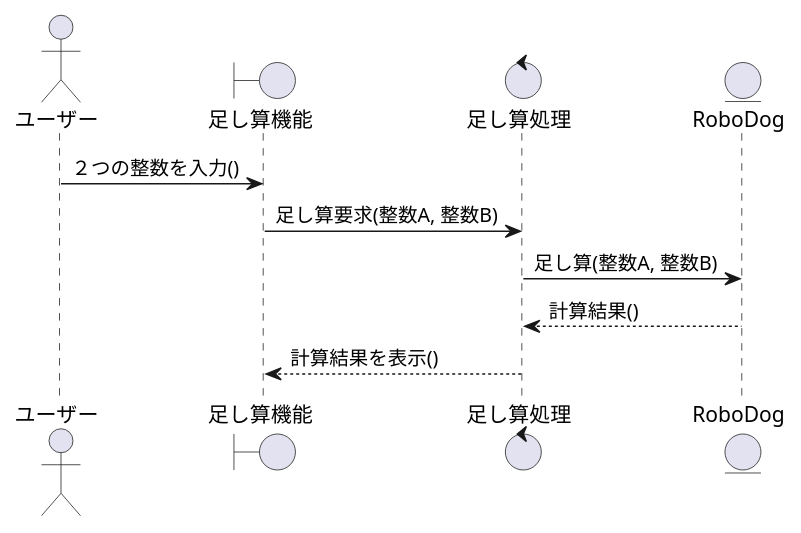
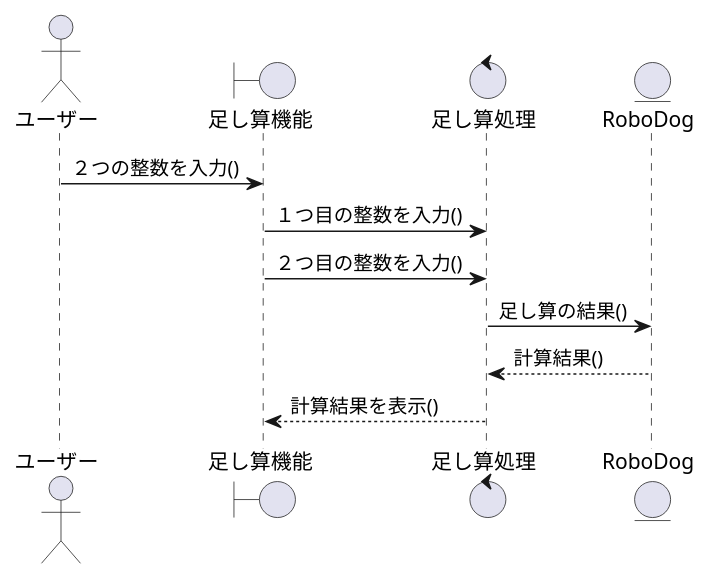
One commit to ko246/ohara_uml changed the diagram in group/06_robo_dog_3/シーケンス図/sequence_add.pu. Above: the diagram before and after it, drawn with PlantUML. The commit also changed 2 other files, not shown here.

Commit message:
sequence処理の修正

```diff
--- a/group/06_robo_dog_3/シーケンス図/sequence_add.pu
+++ b/group/06_robo_dog_3/シーケンス図/sequence_add.pu
@@ -1,14 +1,17 @@
 @startuml
 
 actor ユーザー as User
 boundary 足し算機能 as AddUI
 control 足し算処理 as AddCtrl
 entity RoboDog as RoboDog
 
 User -> AddUI : ２つの整数を入力()
-AddUI -> AddCtrl : 足し算要求(整数A, 整数B)
-AddCtrl -> RoboDog : 足し算(整数A, 整数B)
+AddUI -> AddCtrl : １つ目の整数を入力()
+AddUI -> AddCtrl : ２つ目の整数を入力()
+AddCtrl -> RoboDog : 足し算の結果()
+
+' 表示画面を作るかは検討中
 RoboDog --> AddCtrl : 計算結果()
 AddCtrl --> AddUI : 計算結果を表示()
 
 @enduml
```
